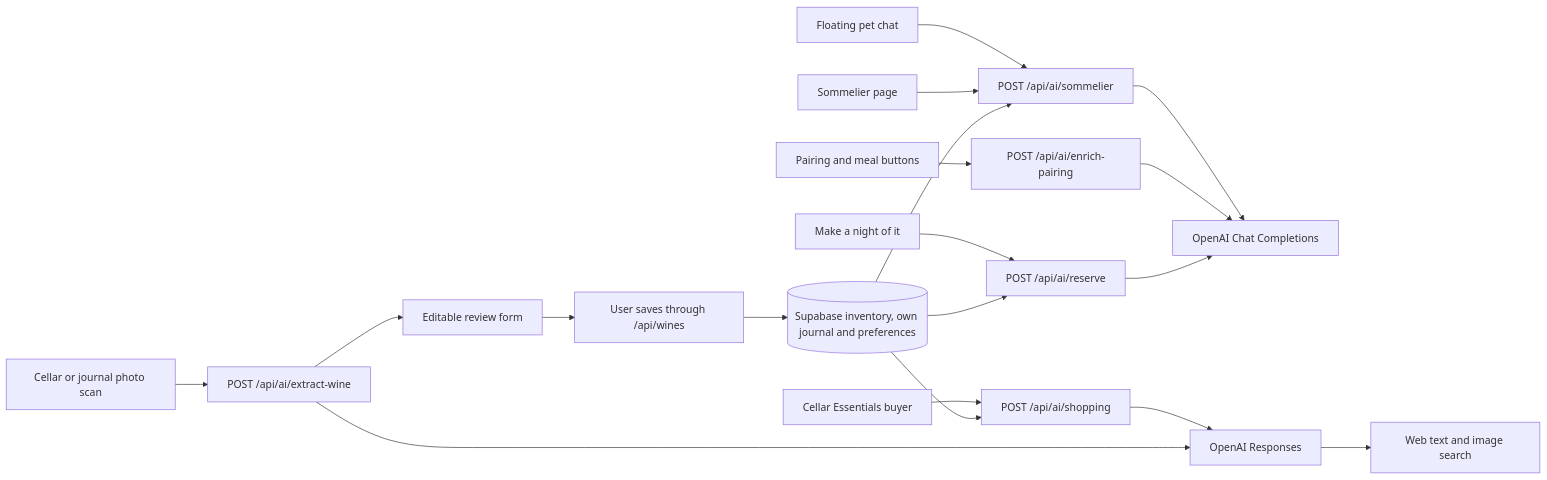
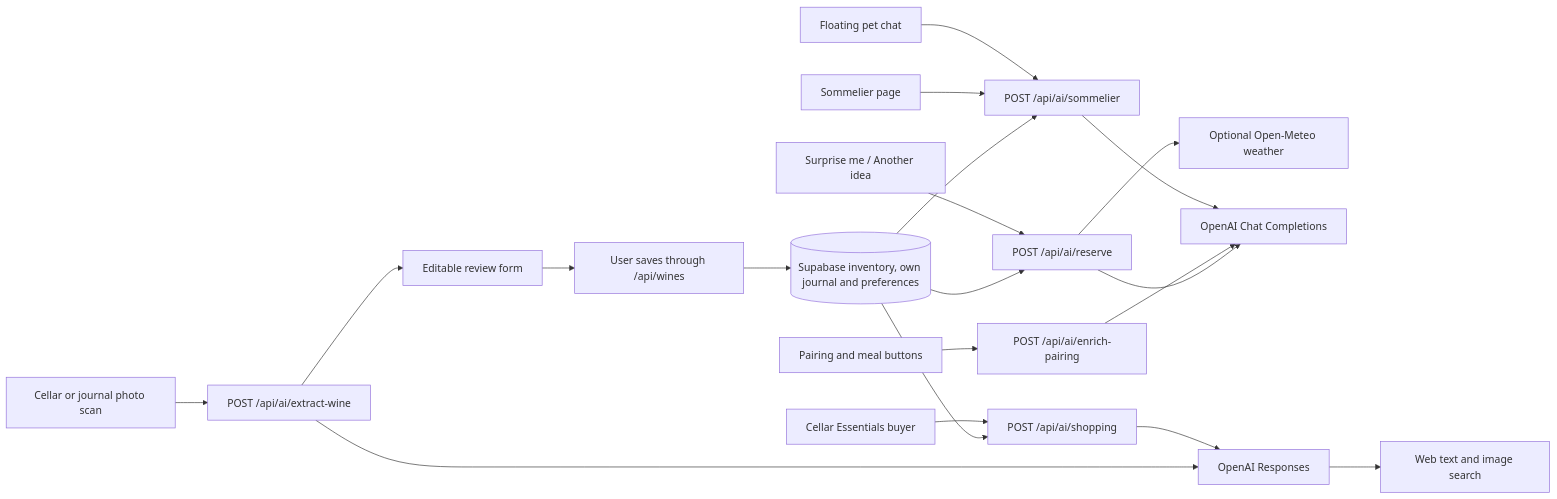
One commit to fellot/flint changed the diagram in docs/ai-integrations.md. Above: the diagram before and after it, drawn with Mermaid. The commit also changed other lines of this file and 6 other files, not shown here.

````diff
--- a/docs/ai-integrations.md
+++ b/docs/ai-integrations.md
@@ -26,21 +26,22 @@
 ```mermaid
 flowchart LR
   Pet["Floating pet chat"] --> Chat["POST /api/ai/sommelier"]
   Page["Sommelier page"] --> Chat
   Edit["Pairing and meal buttons"] --> Pair["POST /api/ai/enrich-pairing"]
-  Tonight["Make a night of it"] --> Reserve["POST /api/ai/reserve"]
+  Tonight["Surprise me / Another idea"] --> Reserve["POST /api/ai/reserve"]
+  Reserve --> Weather["Optional Open-Meteo weather"]
   Photo["Cellar or journal photo scan"] --> Scan["POST /api/ai/extract-wine"]
   Chat --> Completions["OpenAI Chat Completions"]
   Pair --> Completions
   Reserve --> Completions
   DB[("Supabase inventory, own journal and preferences")] --> Reserve
   DB --> Chat
   Buyer["Cellar Essentials buyer"] --> Shopping["POST /api/ai/shopping"]
   DB --> Shopping
   Shopping --> Responses["OpenAI Responses"]
   Scan --> Responses
   Responses --> Search["Web text and image search"]
   Scan --> Review["Editable review form"]
   Review --> Save["User saves through /api/wines"]
   Save --> DB
 ```
````
